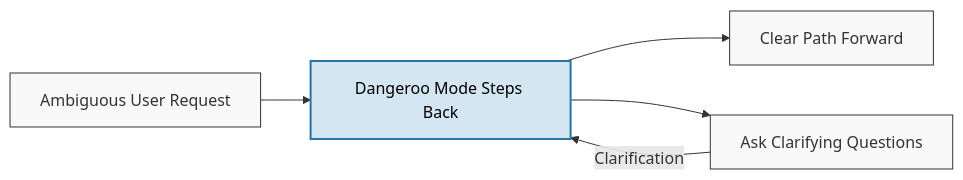
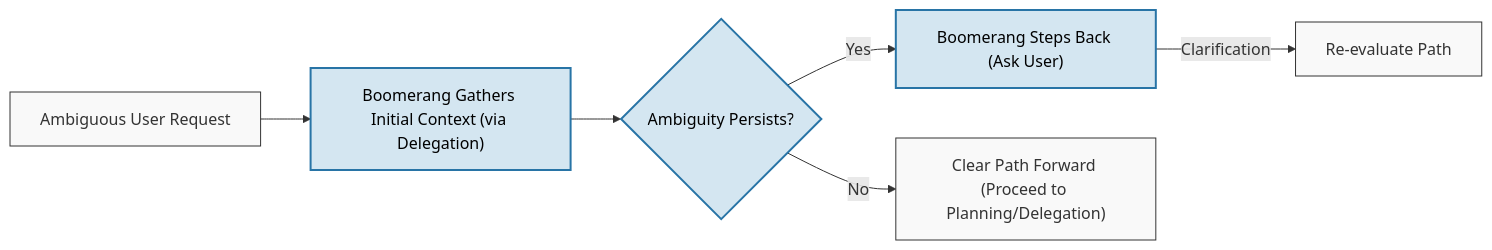
Before and after one commit to darrynv/dangeroo: the eighth of 11 diagrams in README.md, drawn with Mermaid. The commit also changed other lines of this file and 31 other files, not shown here.

````diff
--- a/README.md
+++ b/README.md
@@ -399,12 +445,15 @@
     ```mermaid
     flowchart LR
-        A["Ambiguous User Request"] --> B["Dangeroo Mode Steps Back"]
-        B --> C["Clear Path Forward"]
-        B --> D["Ask Clarifying Questions"]
-        D -->|"Clarification"| B
+        A["Ambiguous User Request"] --> B["Boomerang Gathers Initial Context (via Delegation)"]
+        B --> B2{Ambiguity Persists?}
+        B2 -- Yes --> C["Boomerang Steps Back (Ask User)"]
+        C -->|"Clarification"| B1["Re-evaluate Path"]
+
+        B2 -- No --> D["Clear Path Forward (Proceed to Planning/Delegation)"]
+
 
         classDef default fill:#f9f9f9,stroke:#333,stroke-width:1px,color:#333
         classDef focus fill:#d4e6f1,stroke:#2874a6,stroke-width:2px,color:#000
 
-        class B focus
+        class B,B2,C focus
     ```
````
